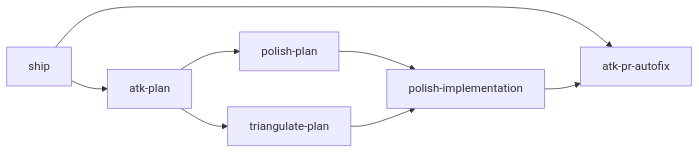
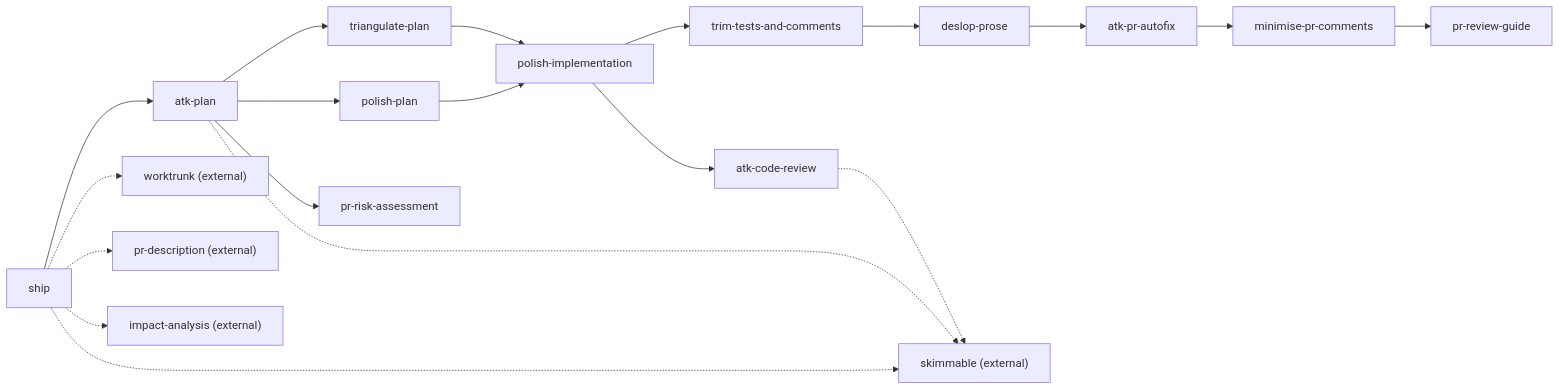
Before and after one commit to rstacruz/agentic-toolkit: the diagram in docs/skills.md, drawn with Mermaid. The commit also changed other lines of this file and 1 other file, not shown here.

Commit message:
docs: expand the skill map to every skill
- Diagram now covers all bundled skills and the optional/external
  dependencies (worktrunk, pr-description, impact-analysis, skimmable),
  with dashed edges for the optional ones
- Link $worktrunk to github.com/max-sixty/worktrunk
- pr-review-guide: drop the "consult the Mermaid docs" line

````diff
--- a/docs/skills.md
+++ b/docs/skills.md
@@ -5,10 +5,22 @@
 ```mermaid
 graph LR
   ship["ship"] --> atk_plan["atk-plan"]
-  ship --> atk_pr_autofix["atk-pr-autofix"]
   atk_plan --> polish_plan["polish-plan"]
   atk_plan --> triangulate_plan["triangulate-plan"]
+  atk_plan --> pr_risk_assessment["pr-risk-assessment"]
   polish_plan --> polish_implementation["polish-implementation"]
   triangulate_plan --> polish_implementation
-  polish_implementation --> atk_pr_autofix
+  polish_implementation --> atk_code_review["atk-code-review"]
+  polish_implementation --> trim_tests_and_comments["trim-tests-and-comments"]
+  trim_tests_and_comments --> deslop_prose["deslop-prose"]
+  deslop_prose --> atk_pr_autofix["atk-pr-autofix"]
+  atk_pr_autofix --> minimise_pr_comments["minimise-pr-comments"]
+  minimise_pr_comments --> pr_review_guide["pr-review-guide"]
+
+  ship -.-> worktrunk["worktrunk (external)"]
+  ship -.-> pr_description["pr-description (external)"]
+  ship -.-> impact_analysis["impact-analysis (external)"]
+  ship -.-> skimmable["skimmable (external)"]
+  atk_plan -.-> skimmable
+  atk_code_review -.-> skimmable
 ```
````
